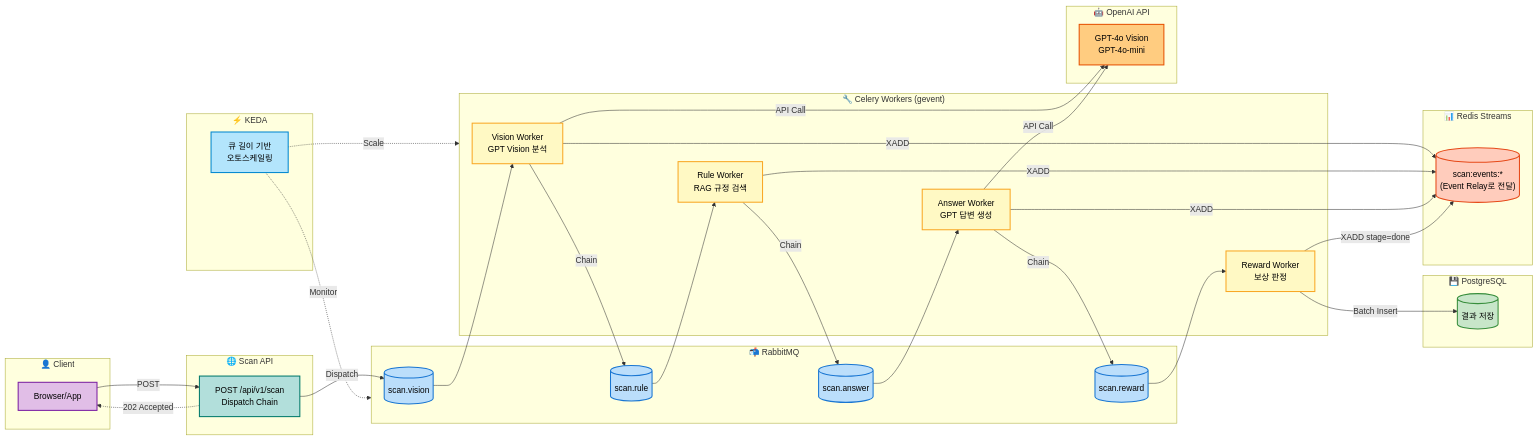
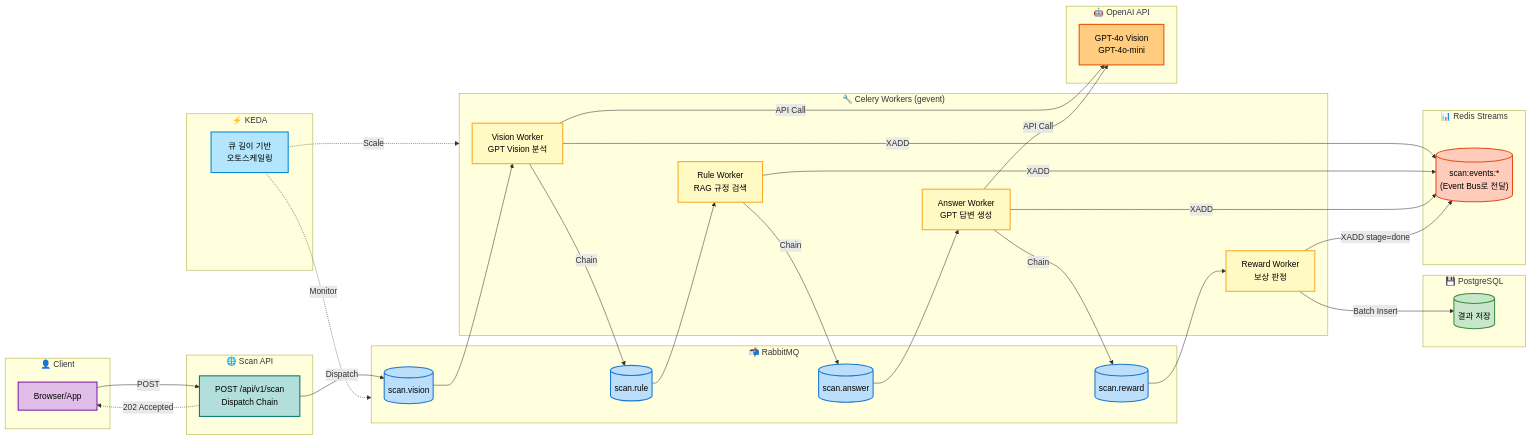
One commit to eco2-team/backend changed the fourth of 6 diagrams in README.md. Above: the diagram before and after it, drawn with Mermaid. The commit also changed other lines of this file, not shown here.

Commit message:
Rename Event Relay to Event Bus in README

```diff
--- a/README.md
+++ b/README.md
@@ -384,7 +384,7 @@
     end
 
     subgraph Streams["📊 Redis Streams"]
-        RS[("scan:events:*<br/>(Event Relay로 전달)")]
+        RS[("scan:events:*<br/>(Event Bus로 전달)")]
     end
 
     subgraph DB["💾 PostgreSQL"]
```
